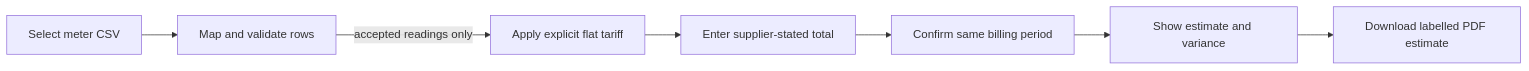
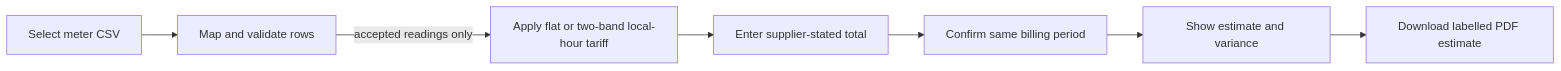
One commit to SheeshDarth/smart-electricity-billing-system changed the diagram in docs/ebill-browser-walkthrough.md. Above: the diagram before and after it, drawn with Mermaid. The commit also changed other lines of this file and 17 other files, not shown here.

````diff
--- a/docs/ebill-browser-walkthrough.md
+++ b/docs/ebill-browser-walkthrough.md
@@ -5,9 +5,9 @@
 ```mermaid
 flowchart LR
   A[Select meter CSV] --> B[Map and validate rows]
-  B -->|accepted readings only| C[Apply explicit flat tariff]
+  B -->|accepted readings only| C[Apply flat or two-band local-hour tariff]
   C --> D[Enter supplier-stated total]
   D --> E[Confirm same billing period]
   E --> F[Show estimate and variance]
   F --> G[Download labelled PDF estimate]
 ```
````
